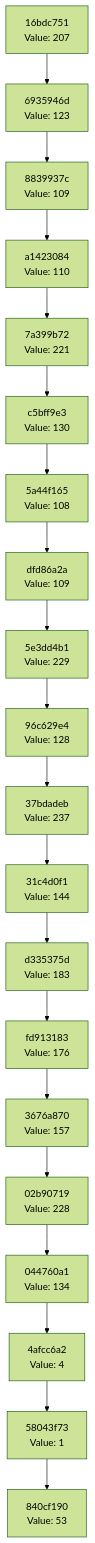
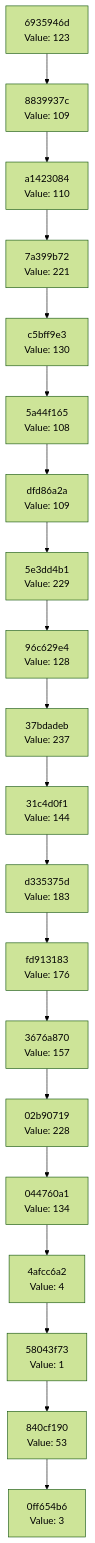
One commit to Abhisheksinha1506/hash-chain-evolver changed the diagram in docs/CHAIN_VISUALIZATION.md. Above: the diagram before and after it, drawn with Mermaid (forest theme). The commit also changed 1 other file, not shown here.

Commit message:
Evolution Step

````diff
--- a/docs/CHAIN_VISUALIZATION.md
+++ b/docs/CHAIN_VISUALIZATION.md
@@ -3,42 +3,42 @@
 ```mermaid
 graph TD
-    C0["840cf190<br/>Value: 53"]
-    C1["58043f73<br/>Value: 1"]
+    C0["0ff654b6<br/>Value: 3"]
+    C1["840cf190<br/>Value: 53"]
     C1 --> C0
-    C2["4afcc6a2<br/>Value: 4"]
+    C2["58043f73<br/>Value: 1"]
     C2 --> C1
-    C3["044760a1<br/>Value: 134"]
+    C3["4afcc6a2<br/>Value: 4"]
     C3 --> C2
-    C4["02b90719<br/>Value: 228"]
+    C4["044760a1<br/>Value: 134"]
     C4 --> C3
-    C5["3676a870<br/>Value: 157"]
+    C5["02b90719<br/>Value: 228"]
     C5 --> C4
-    C6["fd913183<br/>Value: 176"]
+    C6["3676a870<br/>Value: 157"]
     C6 --> C5
-    C7["d335375d<br/>Value: 183"]
+    C7["fd913183<br/>Value: 176"]
     C7 --> C6
-    C8["31c4d0f1<br/>Value: 144"]
+    C8["d335375d<br/>Value: 183"]
     C8 --> C7
-    C9["37bdadeb<br/>Value: 237"]
+    C9["31c4d0f1<br/>Value: 144"]
     C9 --> C8
-    C10["96c629e4<br/>Value: 128"]
+    C10["37bdadeb<br/>Value: 237"]
     C10 --> C9
-    C11["5e3dd4b1<br/>Value: 229"]
+    C11["96c629e4<br/>Value: 128"]
     C11 --> C10
-    C12["dfd86a2a<br/>Value: 109"]
+    C12["5e3dd4b1<br/>Value: 229"]
     C12 --> C11
-    C13["5a44f165<br/>Value: 108"]
+    C13["dfd86a2a<br/>Value: 109"]
     C13 --> C12
-    C14["c5bff9e3<br/>Value: 130"]
+    C14["5a44f165<br/>Value: 108"]
     C14 --> C13
-    C15["7a399b72<br/>Value: 221"]
+    C15["c5bff9e3<br/>Value: 130"]
     C15 --> C14
-    C16["a1423084<br/>Value: 110"]
+    C16["7a399b72<br/>Value: 221"]
     C16 --> C15
-    C17["8839937c<br/>Value: 109"]
+    C17["a1423084<br/>Value: 110"]
     C17 --> C16
-    C18["6935946d<br/>Value: 123"]
+    C18["8839937c<br/>Value: 109"]
     C18 --> C17
-    C19["16bdc751<br/>Value: 207"]
+    C19["6935946d<br/>Value: 123"]
     C19 --> C18
 ```
````
